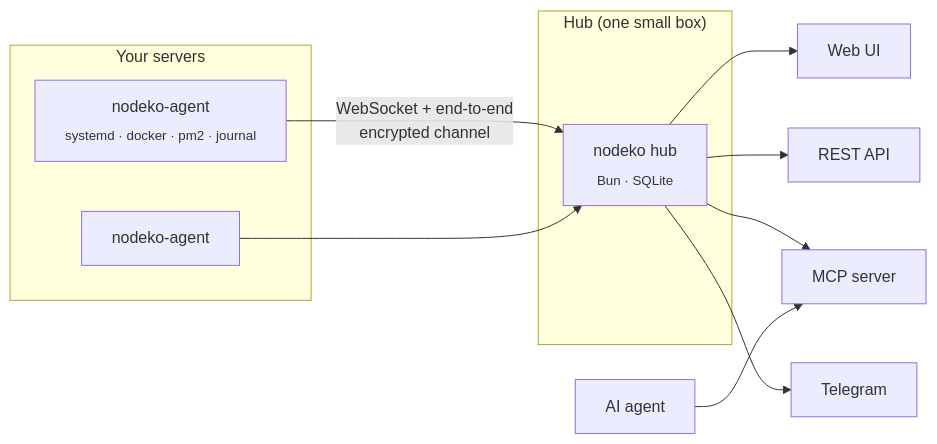
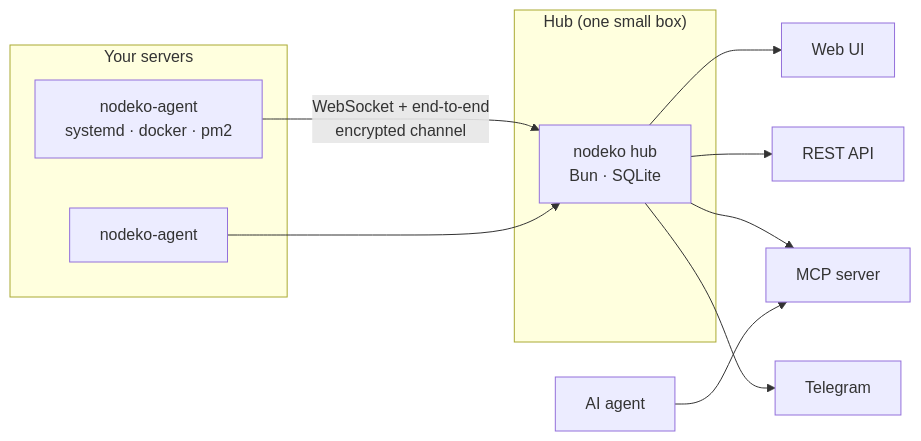
The diagram in README.md (nyandaryn/nodeko), drawn with Mermaid before and after one commit.

Commit message:
docs: fit the agent label in the architecture diagram

````diff
--- a/README.md
+++ b/README.md
@@ -80,17 +80,17 @@
 ```mermaid
 flowchart LR
   subgraph servers["Your servers"]
-    A1["nodeko-agent<br/><sub>systemd · docker · pm2 · journal</sub>"]
+    A1["nodeko-agent<br/>systemd · docker · pm2"]
     A2["nodeko-agent"]
   end
   subgraph hub["Hub (one small box)"]
-    H["nodeko hub<br/><sub>Bun · SQLite</sub>"]
+    H["nodeko hub<br/>Bun · SQLite"]
   end
   A1 -- "WebSocket + end-to-end<br/>encrypted channel" --> H
   A2 -- " " --> H
   H --> UI["Web UI"]
   H --> API["REST API"]
   H --> MCP["MCP server"]
   H --> TG["Telegram"]
   AI["AI agent"] --> MCP
 ```
````
